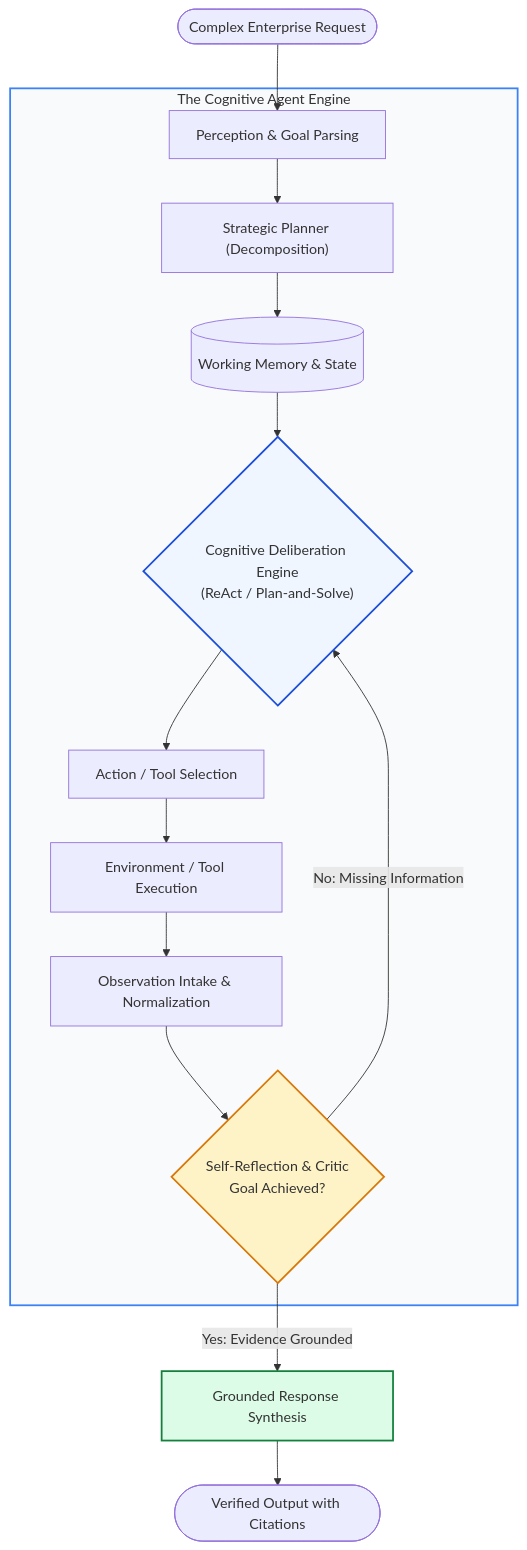
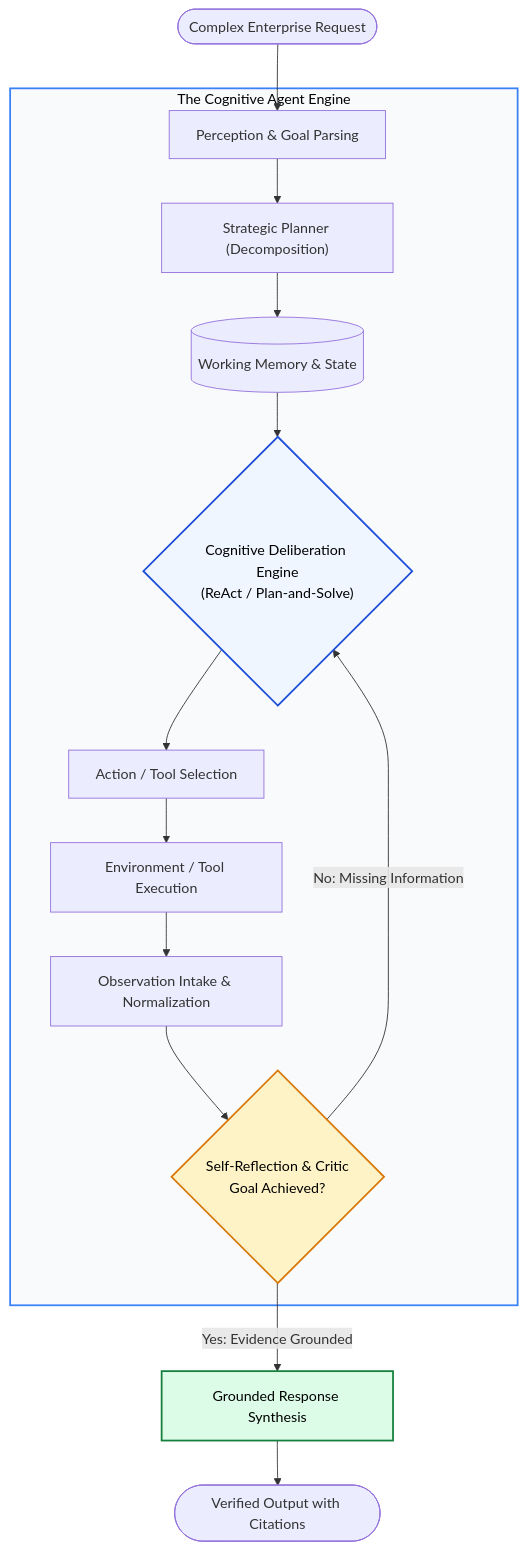
Before and after one commit to swapnil3104/RAG-Engineering: the first of 6 diagrams in 07-Agentic-RAG/AI-Agents.md, drawn with Mermaid. The commit also changed other lines of this file and 108 other files, not shown here.

Commit message:
fix: make chart text visible across all Mermaid diagrams and resolve markdown table formatting issues

````diff
--- a/07-Agentic-RAG/AI-Agents.md
+++ b/07-Agentic-RAG/AI-Agents.md
@@ -26,25 +26,25 @@
 ```mermaid
 flowchart TD
     UserQ([Complex Enterprise Request]) --> Perception[Perception & Goal Parsing]
     
     subgraph AgentBrain ["The Cognitive Agent Engine"]
         Perception --> Planner["Strategic Planner (Decomposition)"]
         Planner --> Memory[(Working Memory & State)]
         Memory --> Deliberator{"Cognitive Deliberation Engine<br/>(ReAct / Plan-and-Solve)"}
         
         Deliberator --> ActionSelector["Action / Tool Selection"]
         ActionSelector --> EnvExec["Environment / Tool Execution"]
         EnvExec --> ObservationIngest["Observation Intake & Normalization"]
         ObservationIngest --> SelfCritic{"Self-Reflection & Critic<br/>Goal Achieved?"}
         
         SelfCritic -->|"No: Missing Information"| Deliberator
     end
     
     SelfCritic -->|"Yes: Evidence Grounded"| Synthesizer[Grounded Response Synthesis]
     Synthesizer --> UserOut([Verified Output with Citations])
 
-    style AgentBrain fill:#f8fafc,stroke:#3b82f6,stroke-width:2px
-    style Deliberator fill:#eff6ff,stroke:#1d4ed8,stroke-width:2px
-    style SelfCritic fill:#fef3c7,stroke:#d97706,stroke-width:2px
-    style Synthesizer fill:#dcfce7,stroke:#15803d,stroke-width:2px
+    style AgentBrain fill:#f8fafc,stroke:#3b82f6,stroke-width:2px,color:#000000
+    style Deliberator fill:#eff6ff,stroke:#1d4ed8,stroke-width:2px,color:#000000
+    style SelfCritic fill:#fef3c7,stroke:#d97706,stroke-width:2px,color:#000000
+    style Synthesizer fill:#dcfce7,stroke:#15803d,stroke-width:2px,color:#000000
 ```
````
